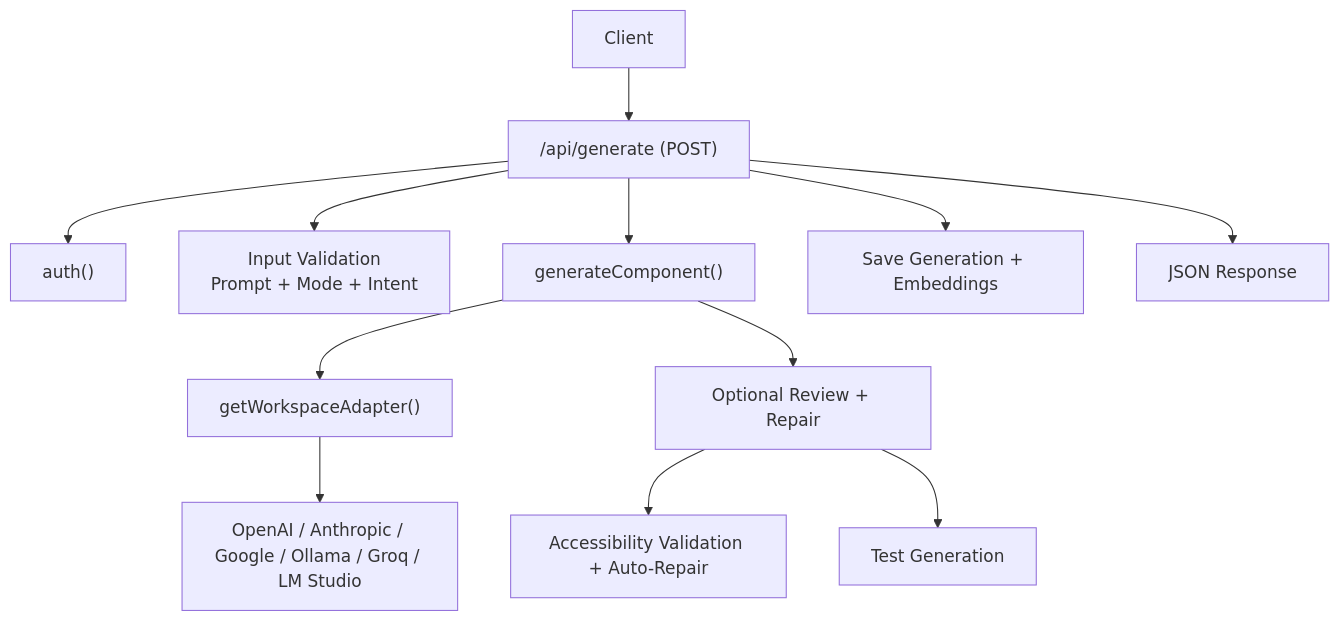
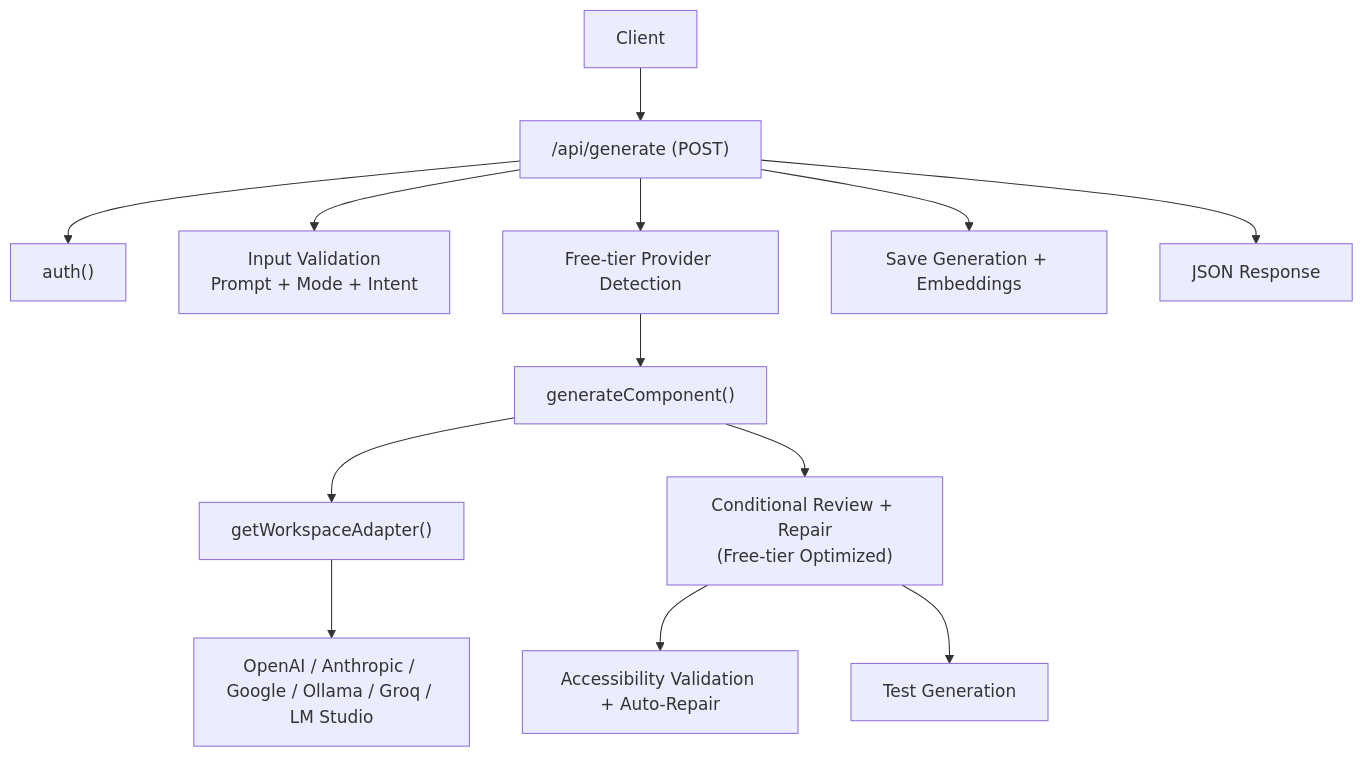
One commit to shekhargiri005-dotcom/AI-powered-accessibility-first-UI-engine changed the first of 5 diagrams in .qoder/repowiki/en/content/Architecture & Design/Layered Architecture/API Layer/Generation API.md. Above: the diagram before and after it, drawn with Mermaid. The commit also changed other lines of this file and 38 other files, not shown here.

````diff
--- a/.qoder/repowiki/en/content/Architecture & Design/Layered Architecture/API Layer/Generation API.md
+++ b/.qoder/repowiki/en/content/Architecture & Design/Layered Architecture/API Layer/Generation API.md
@@ -42,14 +53,15 @@
 ```mermaid
 graph TB
 Client["Client"] --> Route["/api/generate (POST)"]
 Route --> Auth["auth()"]
 Route --> Validate["Input Validation<br/>Prompt + Mode + Intent"]
-Route --> Gen["generateComponent()"]
+Route --> FreeTier["Free-tier Provider Detection"]
+FreeTier --> Gen["generateComponent()"]
 Gen --> Adapter["getWorkspaceAdapter()"]
 Adapter --> Providers["OpenAI / Anthropic / Google / Ollama / Groq / LM Studio"]
-Gen --> Review["Optional Review + Repair"]
+Gen --> Review["Conditional Review + Repair<br/>(Free-tier Optimized)"]
 Review --> A11y["Accessibility Validation + Auto-Repair"]
 Review --> Tests["Test Generation"]
 Route --> Persist["Save Generation + Embeddings"]
 Route --> Response["JSON Response"]
 ```
````
